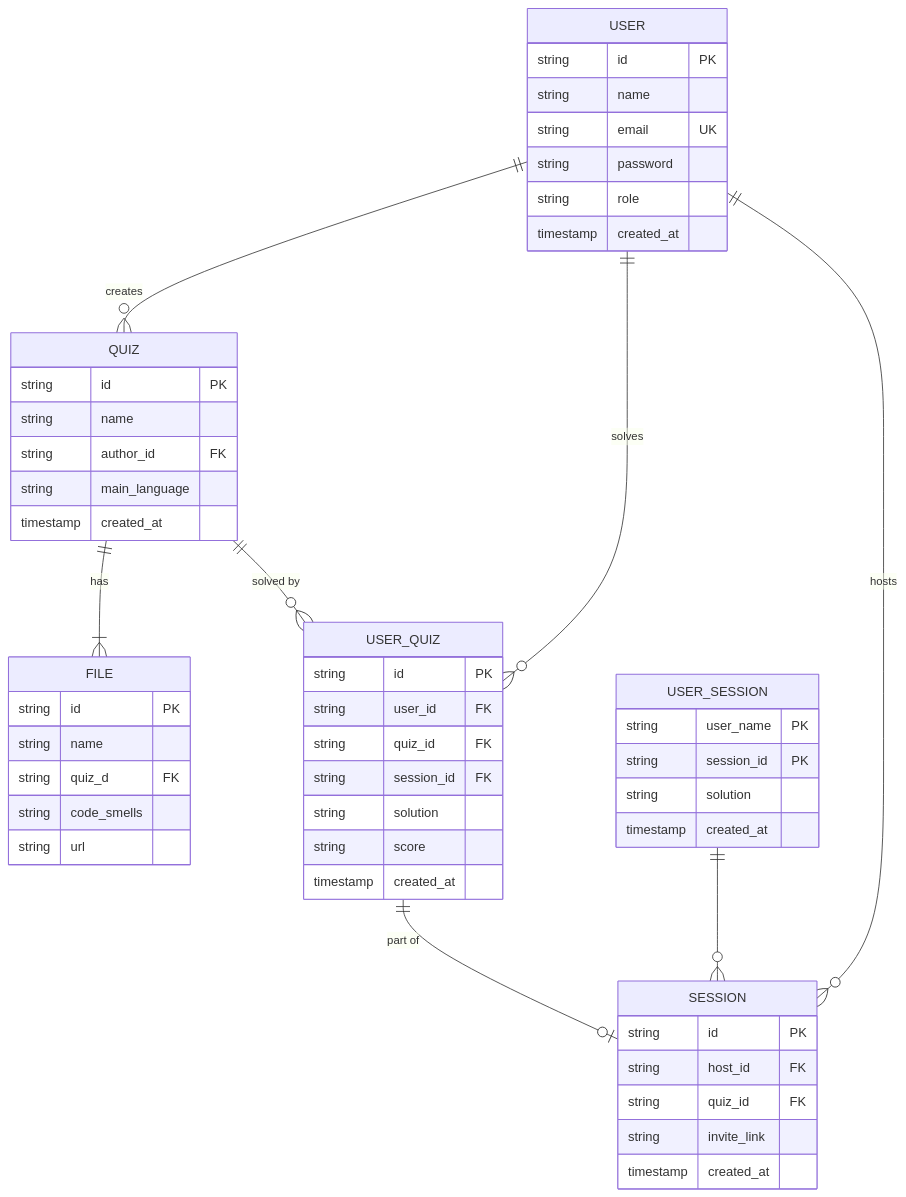
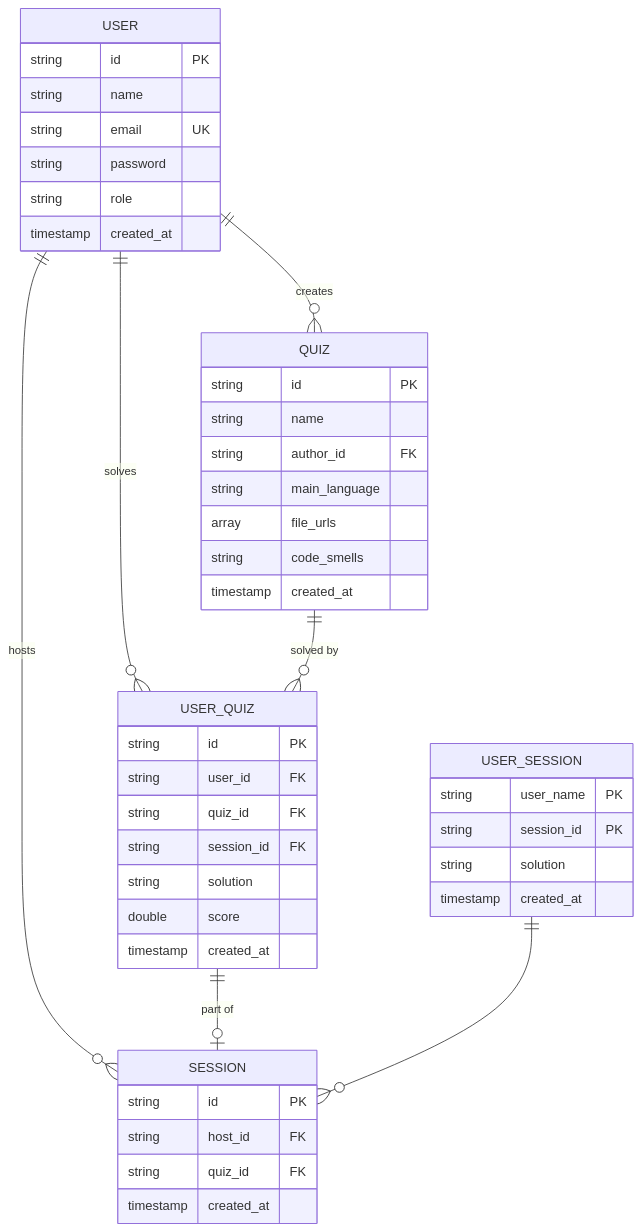
One commit to rcybulski1122012/Ceramicy-IO changed the diagram in README.md. Above: the diagram before and after it, drawn with Mermaid. The commit also changed 11 other files, not shown here.

````diff
--- a/README.md
+++ b/README.md
@@ -20,65 +20,57 @@
 ```mermaid
 erDiagram
     QUIZ {
         string id PK
         string name
         string author_id FK
         string main_language
+        array file_urls
+        string code_smells
         timestamp created_at
-    }
-    
-    FILE {
-        string id PK
-        string name
-        string quiz_d FK
-        string code_smells
-        string url
     }
     
     USER {
         string id PK
         string name
         string email UK
         string password
         string role
         timestamp created_at
     }
     
     USER_QUIZ {
         string id PK
         string user_id FK
         string quiz_id FK
         string session_id FK
         string solution
-        string score
+        double score
         timestamp created_at
     }
     
     
     SESSION {
         string id PK
         string host_id FK
         string quiz_id FK
-        string invite_link
         timestamp created_at
     }
     
     USER_SESSION {
         string user_name PK
         string session_id PK
         string solution
         timestamp created_at
     }
     
     
-    QUIZ ||--|{ FILE : "has"
     USER ||--o{ QUIZ : "creates"
     USER ||--o{ USER_QUIZ : "solves"
     QUIZ ||--o{ USER_QUIZ : "solved by"
     USER ||--o{ SESSION : "hosts"
 %%    SESSION ||--o{ QUIZ : ""
     USER_QUIZ ||--o| SESSION : "part of"
     USER_SESSION ||--o{ SESSION : ""
     
     
 ```
````
